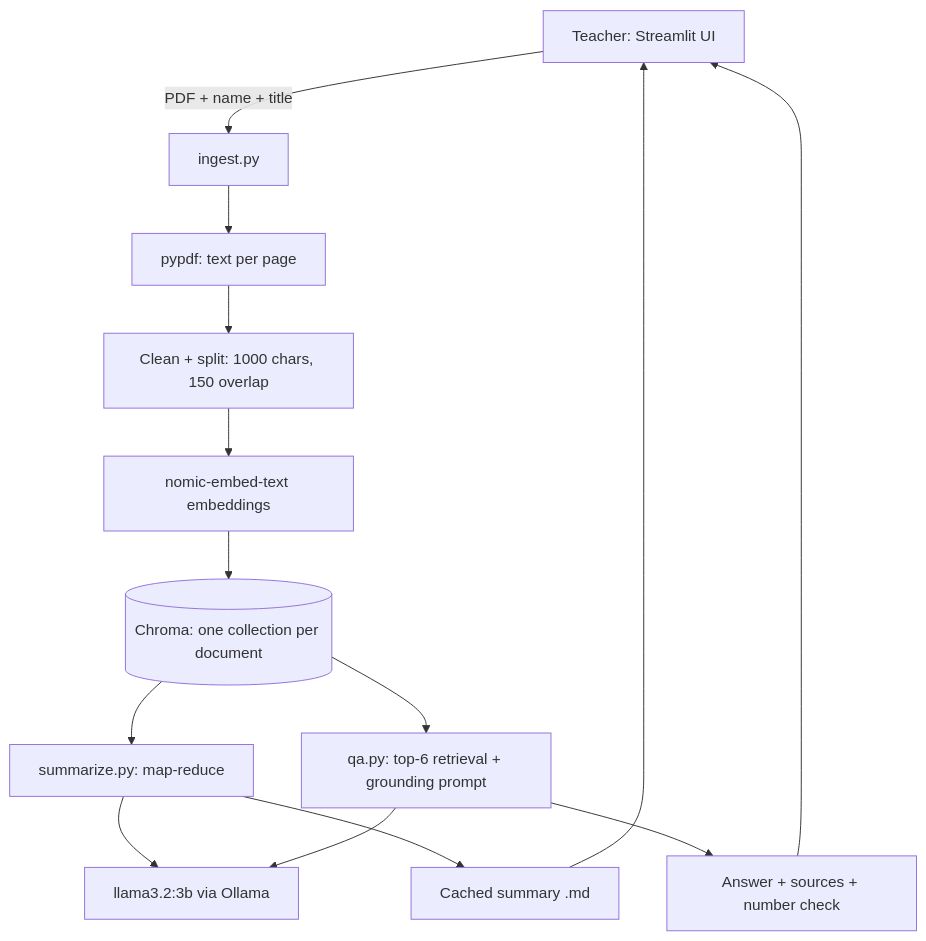
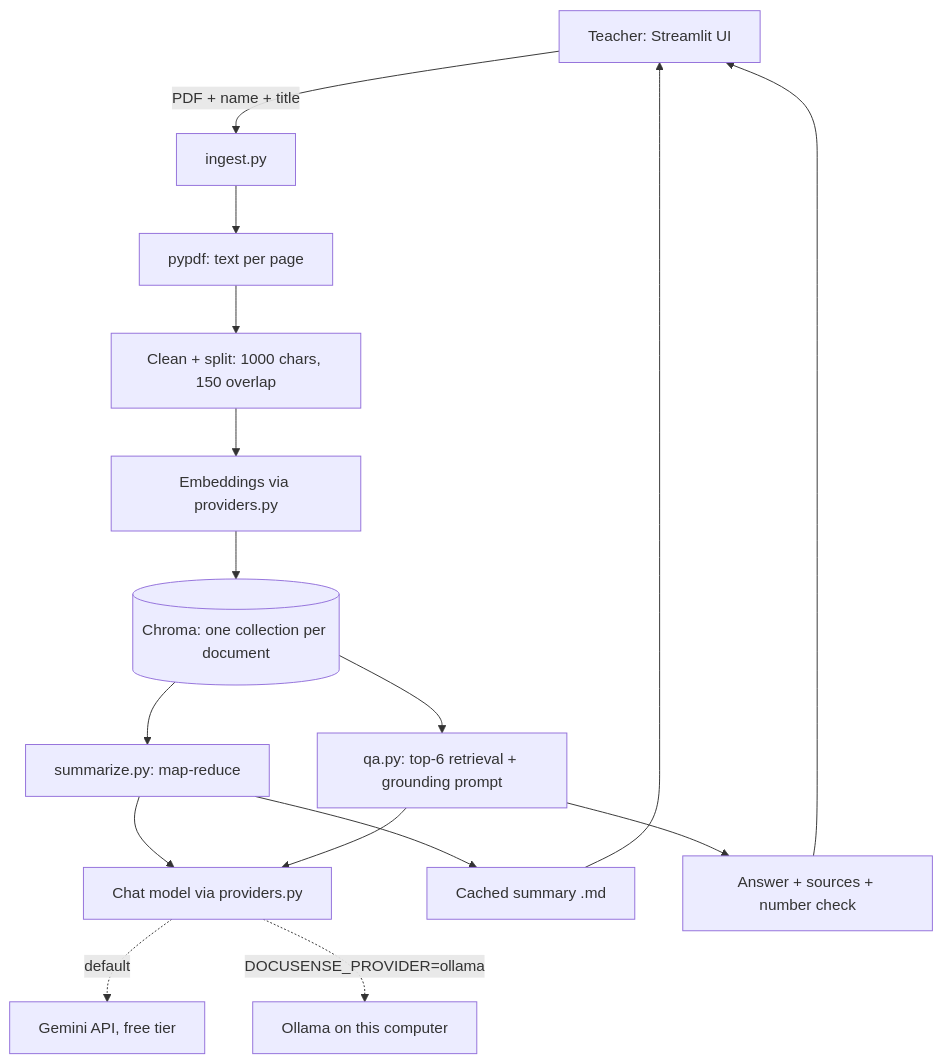
The diagram in README.md (gauravkr2209/DocuSense), drawn with Mermaid before and after one commit. The commit also changed other lines of this file and 12 other files, not shown here.

Commit message:
Gemini provider (free tier) with model fallback and Ollama as local option

````diff
--- a/README.md
+++ b/README.md
@@ -63,16 +64,18 @@
 ```mermaid
 flowchart TD
     A[Teacher: Streamlit UI] -->|PDF + name + title| B[ingest.py]
     B --> B1[pypdf: text per page]
     B1 --> B2[Clean + split: 1000 chars, 150 overlap]
-    B2 --> B3[nomic-embed-text embeddings]
+    B2 --> B3[Embeddings via providers.py]
     B3 --> C[(Chroma: one collection per document)]
     C --> D[summarize.py: map-reduce]
     C --> E[qa.py: top-6 retrieval + grounding prompt]
-    D --> F[llama3.2:3b via Ollama]
+    D --> F[Chat model via providers.py]
     E --> F
-    D --> G[Cached summary .md]
-    E --> H[Answer + sources + number check]
-    G --> A
-    H --> A
+    F -.->|default| G[Gemini API, free tier]
+    F -.->|DOCUSENSE_PROVIDER=ollama| H[Ollama on this computer]
+    D --> I[Cached summary .md]
+    E --> J[Answer + sources + number check]
+    I --> A
+    J --> A
 ```
````
